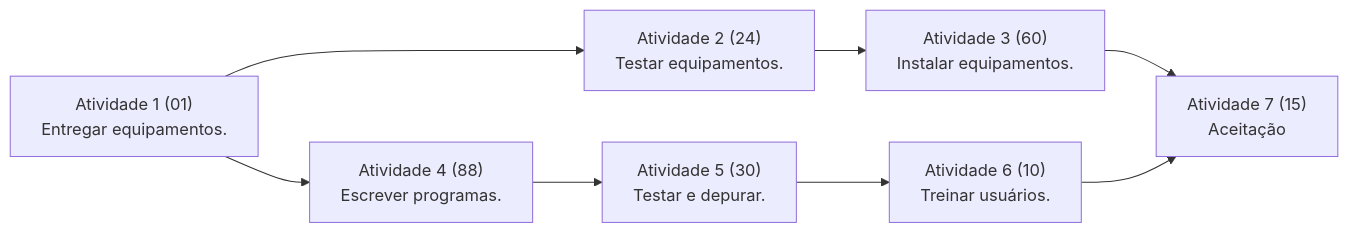
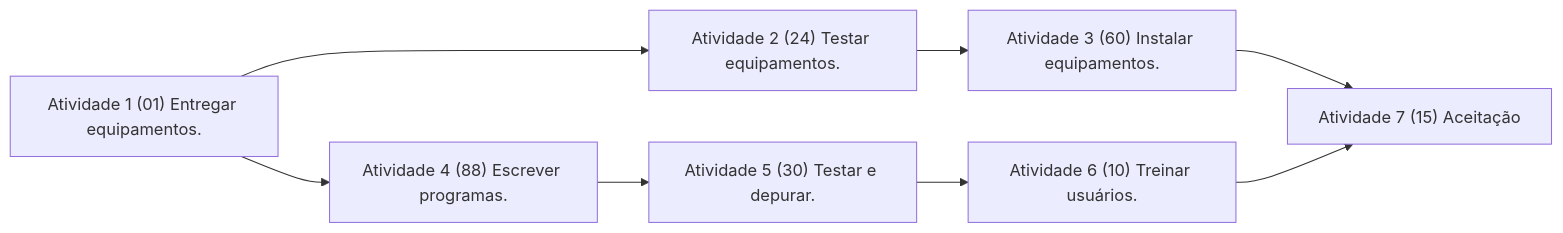
The third of 3 diagrams in Docs/02-Especificação do Projeto.md (hmbenicio/DevDocTemplate), drawn with Mermaid before and after one commit.

Commit message:
Update 02-Especificação do Projeto.md

````diff
--- a/Docs/02-Especificação do Projeto.md
+++ b/Docs/02-Especificação do Projeto.md
@@ -154,10 +154,10 @@
 ```mermaid
 flowchart LR
-    A1["Atividade 1 (01)\nEntregar equipamentos."] --> A2["Atividade 2 (24)\nTestar equipamentos."]
-    A1 --> A4["Atividade 4 (88)\nEscrever programas."]
-    A2 --> A3["Atividade 3 (60)\nInstalar equipamentos."]
-    A4 --> A5["Atividade 5 (30)\nTestar e depurar."]
-    A5 --> A6["Atividade 6 (10)\nTreinar usuários."]
-    A3 --> A7["Atividade 7 (15)\nAceitação"]
+    A1["Atividade 1 (01) Entregar equipamentos."] --> A2["Atividade 2 (24) Testar equipamentos."]
+    A1 --> A4["Atividade 4 (88) Escrever programas."]
+    A2 --> A3["Atividade 3 (60) Instalar equipamentos."]
+    A4 --> A5["Atividade 5 (30) Testar e depurar."]
+    A5 --> A6["Atividade 6 (10) Treinar usuários."]
+    A3 --> A7["Atividade 7 (15) Aceitação"]
     A6 --> A7
 ```
````
